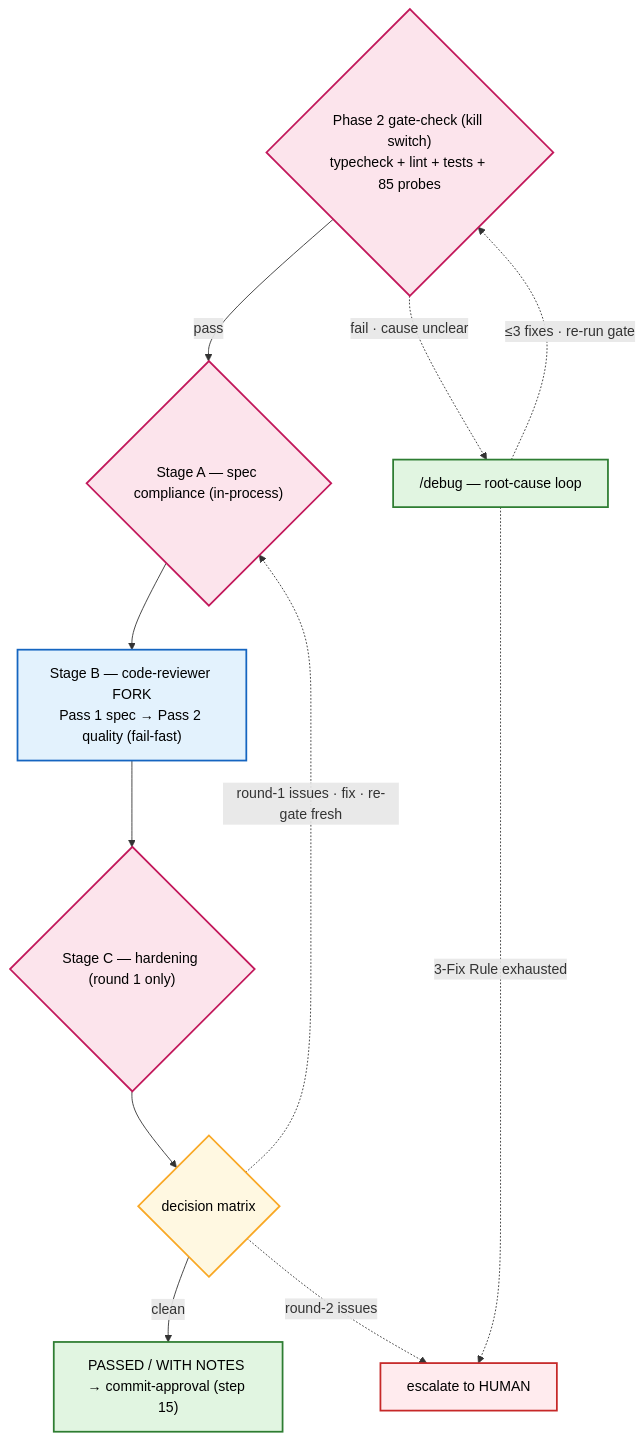
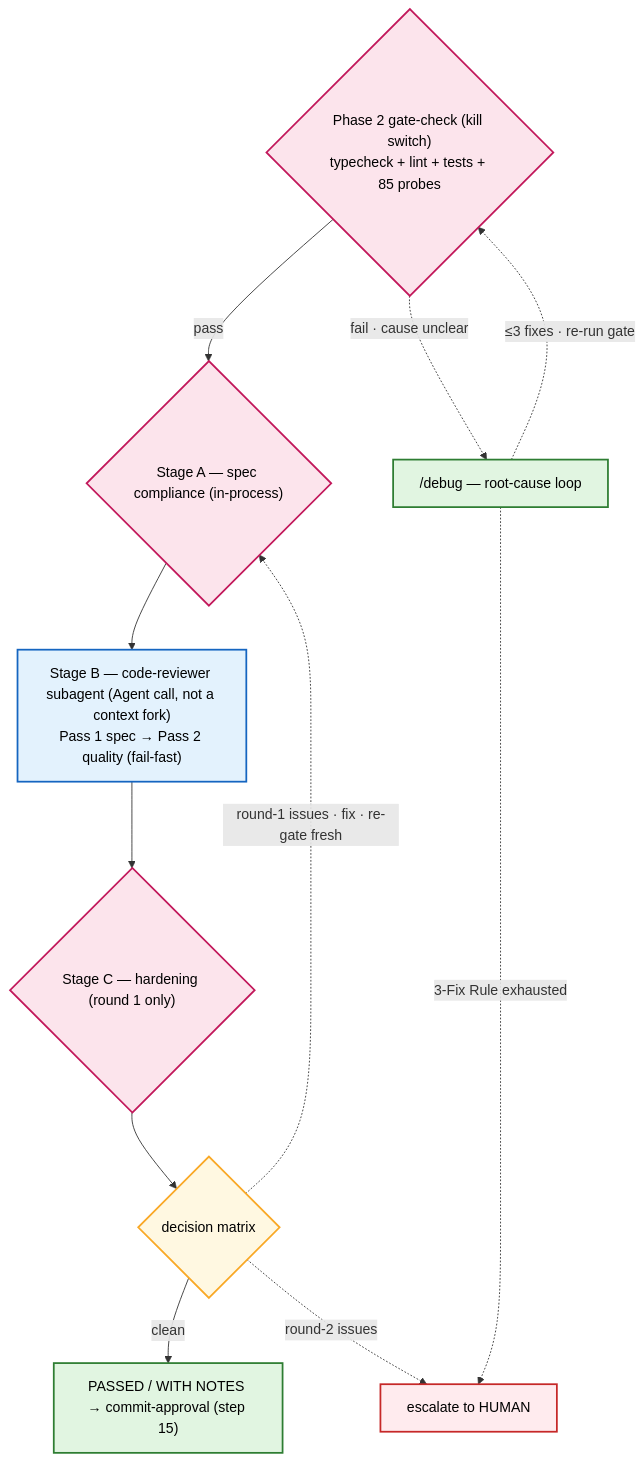
Before and after one commit to nesquikm/dev-process-toolkit: the fourth of 6 diagrams in plugins/dev-process-toolkit/docs/workflow-overview.md, drawn with Mermaid. The commit also changed other lines of this file and 13 other files, not shown here.

````diff
--- a/plugins/dev-process-toolkit/docs/workflow-overview.md
+++ b/plugins/dev-process-toolkit/docs/workflow-overview.md
@@ -124,25 +124,25 @@
 ```mermaid
 flowchart TD
     classDef eval fill:#fce4ec,stroke:#c2185b,stroke-width:2px,color:#000
     classDef fork fill:#e3f2fd,stroke:#1565c0,stroke-width:2px,color:#000
     classDef gate fill:#fff8e1,stroke:#f9a825,stroke-width:2px,color:#000
     classDef skill fill:#e1f5e1,stroke:#2e7d32,stroke-width:2px,color:#000
     classDef esc fill:#ffebee,stroke:#c62828,stroke-width:2px,color:#000
 
     gate{"Phase 2 gate-check (kill switch)<br/>typecheck + lint + tests + 85 probes"}:::eval
     debug["/debug — root-cause loop"]:::skill
     stageA{"Stage A — spec compliance (in-process)"}:::eval
-    stageB["Stage B — code-reviewer FORK<br/>Pass 1 spec → Pass 2 quality (fail-fast)"]:::fork
+    stageB["Stage B — code-reviewer subagent (Agent call, not a context fork)<br/>Pass 1 spec → Pass 2 quality (fail-fast)"]:::fork
     stageC{"Stage C — hardening (round 1 only)"}:::eval
     decide{"decision matrix"}:::gate
     pass["PASSED / WITH NOTES → commit-approval (step 15)"]:::skill
     esc["escalate to HUMAN"]:::esc
 
     gate -->|"pass"| stageA --> stageB --> stageC --> decide
     gate -.->|"fail · cause unclear"| debug
     debug -.->|"≤3 fixes · re-run gate"| gate
     debug -.->|"3-Fix Rule exhausted"| esc
     decide -->|"clean"| pass
     decide -.->|"round-1 issues · fix · re-gate fresh"| stageA
     decide -.->|"round-2 issues"| esc
 ```
````
